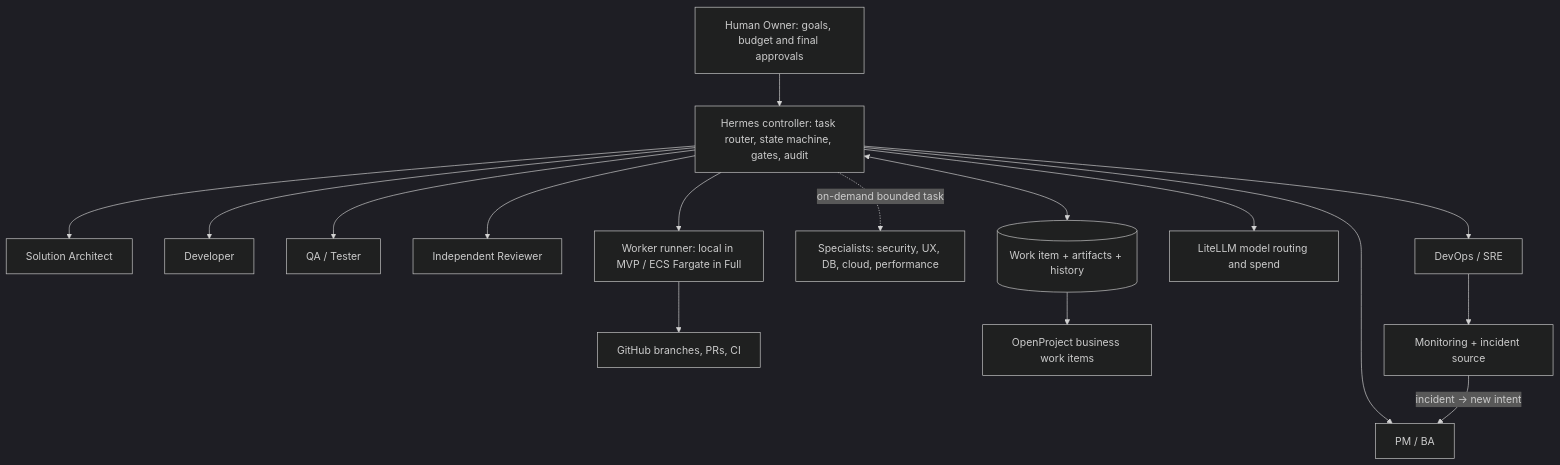
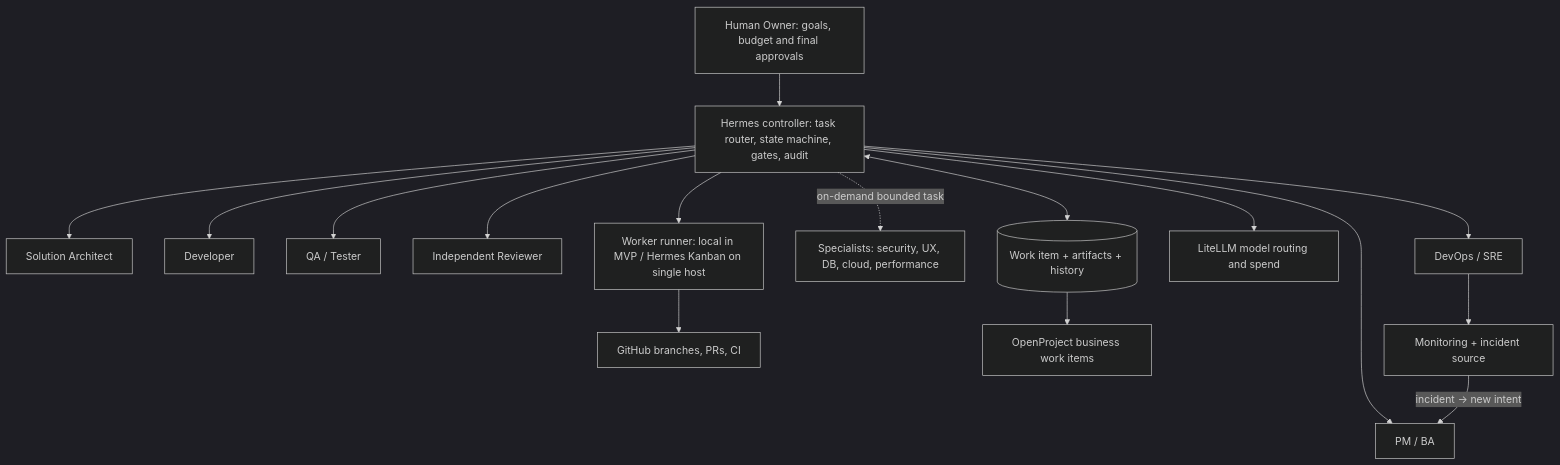
One commit to adisornsir/coe-eap-hermes-orchestration changed the first of 2 diagrams in docs/08-six-stage-role-target.md. Above: the diagram before and after it, drawn with Mermaid (dark theme). The commit also changed other lines of this file and 7 other files, not shown here.

Commit message:
docs(architecture): adopt Hermes-native Kanban, EC2/EBS single-host and project sharding

````diff
--- a/docs/08-six-stage-role-target.md
+++ b/docs/08-six-stage-role-target.md
@@ -11,18 +11,18 @@
 ```mermaid
 flowchart TD
  O["Human Owner: goals, budget and final approvals"] --> C["Hermes controller: task router, state machine, gates, audit"]
  C --> PM["PM / BA"]
  C --> SA["Solution Architect"]
  C --> DEV["Developer"]
  C --> QA["QA / Tester"]
  C --> REV["Independent Reviewer"]
  C --> SRE["DevOps / SRE"]
  C -. "on-demand bounded task" .-> SP["Specialists: security, UX, DB, cloud, performance"]
  C <--> W[("Work item + artifacts + history")]
  C --> LM["LiteLLM model routing and spend"]
- C --> RUN["Worker runner: local in MVP / ECS Fargate in Full"]
+ C --> RUN["Worker runner: local in MVP / Hermes Kanban on single host"]
  RUN --> GH["GitHub branches, PRs, CI"]
  W --> OP["OpenProject business work items"]
  SRE --> OBS["Monitoring + incident source"]
  OBS -->|"incident -> new intent"| PM
 ```
````
